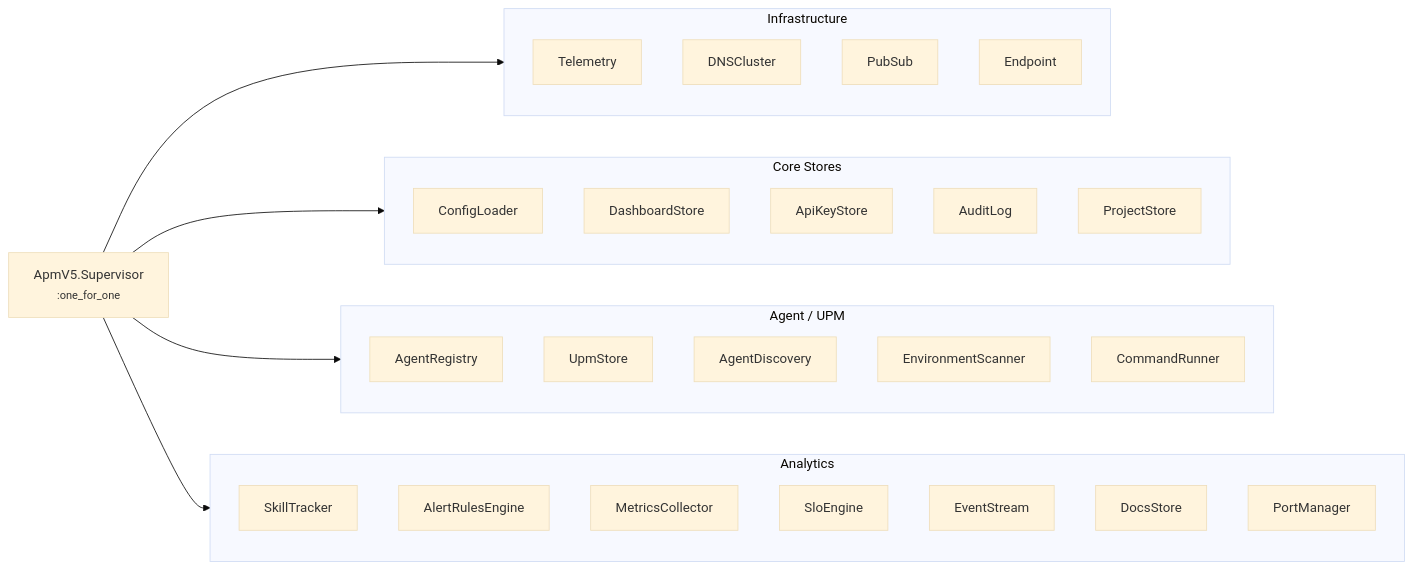
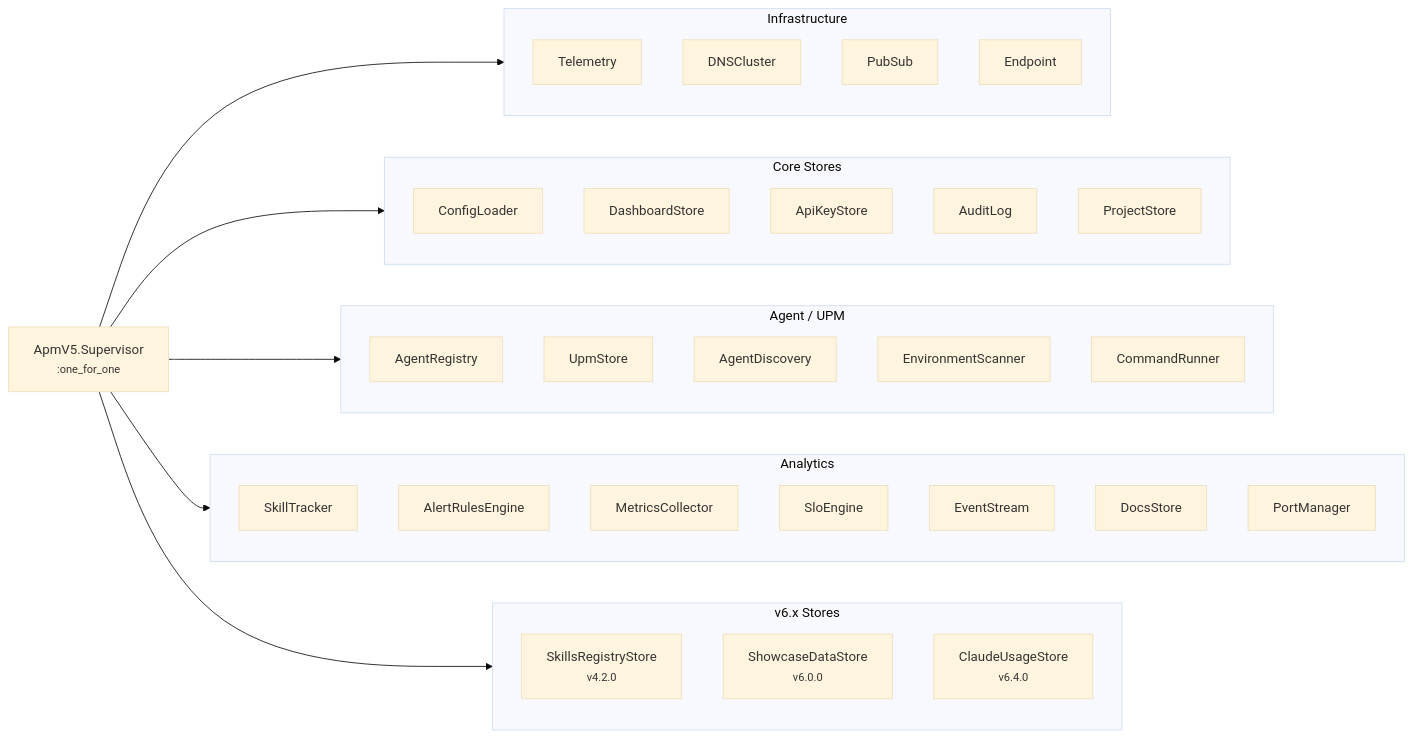
Before and after one commit to peguesj/ccem-apm: the second of 2 diagrams in priv/docs/developer/architecture.md, drawn with Mermaid (base theme). The commit also changed other lines of this file and 10 other files, not shown here.

First line of the commit message:
docs: v6.4.0 documentation fleet — usage, ports, skills UX, CCEM UI, hooks, API

````diff
--- a/priv/docs/developer/architecture.md
+++ b/priv/docs/developer/architecture.md
@@ -26,42 +26,49 @@
 ```mermaid
 graph LR
     Root["ApmV5.Supervisor<br/><small>:one_for_one</small>"]
 
     subgraph infra ["Infrastructure"]
         T["Telemetry"]
         DNS["DNSCluster"]
         PS["PubSub"]
         EP["Endpoint"]
     end
 
     subgraph stores ["Core Stores"]
         CL["ConfigLoader"]
         DS["DashboardStore"]
         AK["ApiKeyStore"]
         AL["AuditLog"]
         PSt["ProjectStore"]
     end
 
     subgraph agents ["Agent / UPM"]
         AR["AgentRegistry"]
         US["UpmStore"]
         AD["AgentDiscovery"]
         ENV["EnvironmentScanner"]
         CR["CommandRunner"]
     end
 
     subgraph analytics ["Analytics"]
         SK["SkillTracker"]
         ARE["AlertRulesEngine"]
         MC["MetricsCollector"]
         SLO["SloEngine"]
         ES["EventStream"]
         Doc["DocsStore"]
         PM["PortManager"]
     end
 
+    subgraph v6stores ["v6.x Stores"]
+        SR["SkillsRegistryStore<br/><small>v4.2.0</small>"]
+        SDS["ShowcaseDataStore<br/><small>v6.0.0</small>"]
+        CUS["ClaudeUsageStore<br/><small>v6.4.0</small>"]
+    end
+
     Root --> infra
     Root --> stores
     Root --> agents
     Root --> analytics
+    Root --> v6stores
 ```
````
